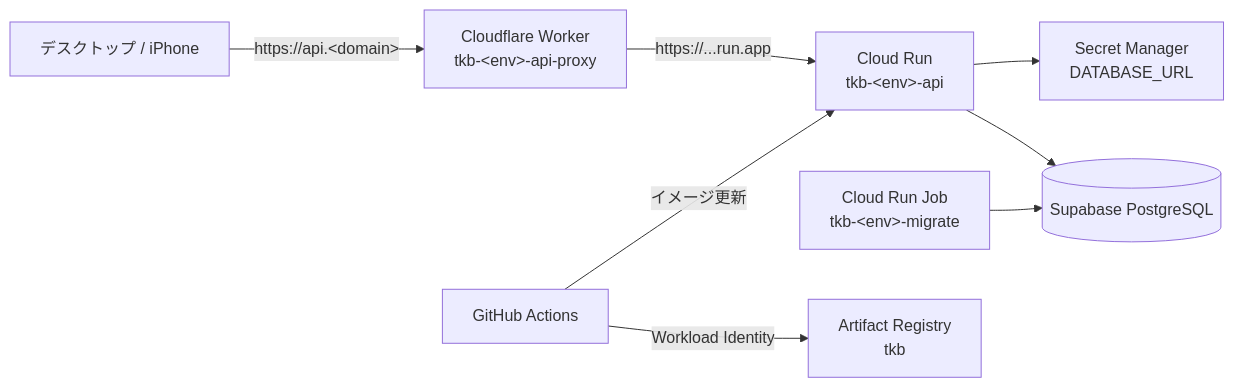
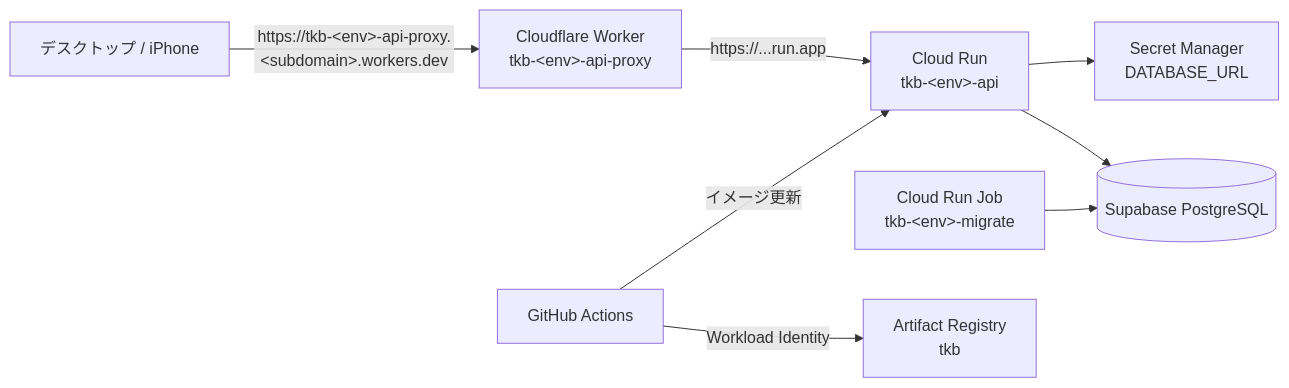
The diagram in infra/README.md (jphacks/tkb_2622), drawn with Mermaid before and after one commit. The commit also changed other lines of this file and 10 other files, not shown here.

````diff
--- a/infra/README.md
+++ b/infra/README.md
@@ -9,10 +9,10 @@
 ```mermaid
 flowchart LR
-    client["デスクトップ / iPhone"] -->|"https://api.&lt;domain&gt;"| worker["Cloudflare Worker<br/>tkb-&lt;env&gt;-api-proxy"]
+    client["デスクトップ / iPhone"] -->|"https://tkb-&lt;env&gt;-api-proxy.&lt;subdomain&gt;.workers.dev"| worker["Cloudflare Worker<br/>tkb-&lt;env&gt;-api-proxy"]
     worker -->|"https://...run.app"| run["Cloud Run<br/>tkb-&lt;env&gt;-api"]
     run --> sm["Secret Manager<br/>DATABASE_URL"]
     run --> db[("Supabase PostgreSQL")]
     job["Cloud Run Job<br/>tkb-&lt;env&gt;-migrate"] --> db
     ci["GitHub Actions"] -->|"Workload Identity"| ar["Artifact Registry<br/>tkb"]
     ci -->|"イメージ更新"| run
 ```
````
